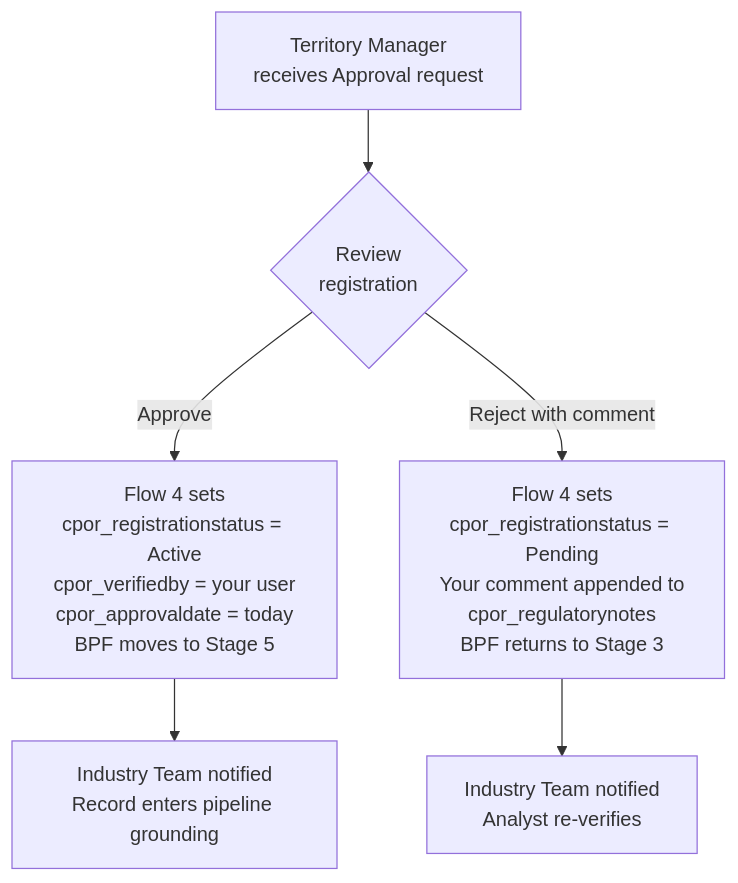
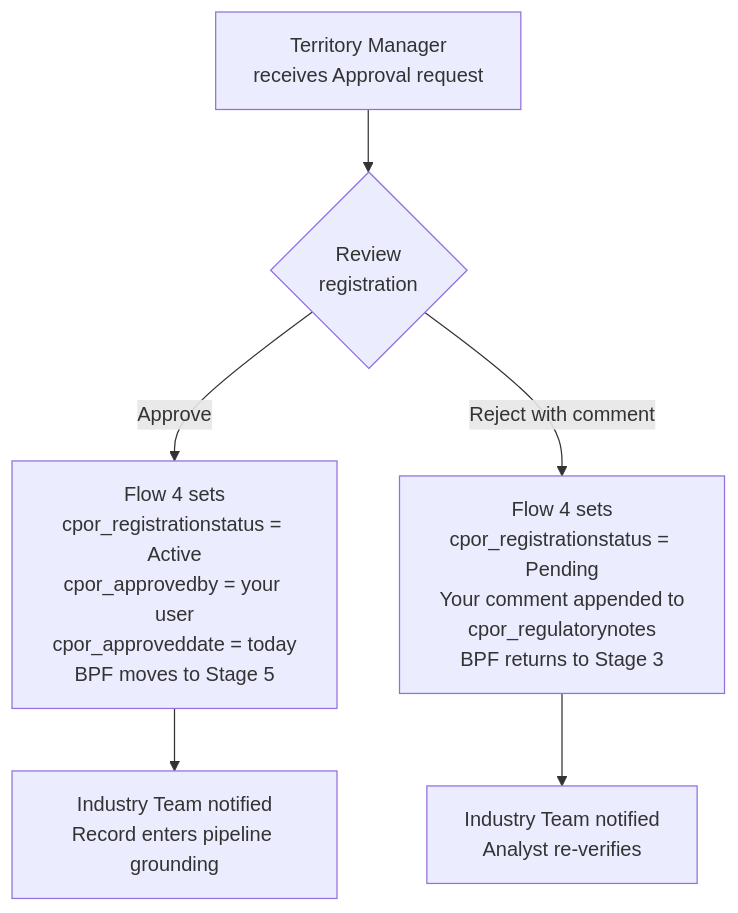
Before and after one commit to enewbold-devops/CPOR-Industry-Engagement: the seventh of 23 diagrams in README.md, drawn with Mermaid. The commit also changed other lines of this file and 9 other files, not shown here.

````diff
--- a/README.md
+++ b/README.md
@@ -418,8 +420,8 @@
 ```mermaid
 flowchart TD
     TM[Territory Manager\nreceives Approval request] --> D{Review\nregistration}
-    D -->|Approve| A1[Flow 4 sets\ncpor_registrationstatus = Active\ncpor_verifiedby = your user\ncpor_approvaldate = today\nBPF moves to Stage 5]
+    D -->|Approve| A1[Flow 4 sets\ncpor_registrationstatus = Active\ncpor_approvedby = your user\ncpor_approveddate = today\nBPF moves to Stage 5]
     A1 --> A2[Industry Team notified\nRecord enters pipeline grounding]
     D -->|Reject with comment| R1[Flow 4 sets\ncpor_registrationstatus = Pending\nYour comment appended to\ncpor_regulatorynotes\nBPF returns to Stage 3]
     R1 --> R2[Industry Team notified\nAnalyst re-verifies]
 ```
````
